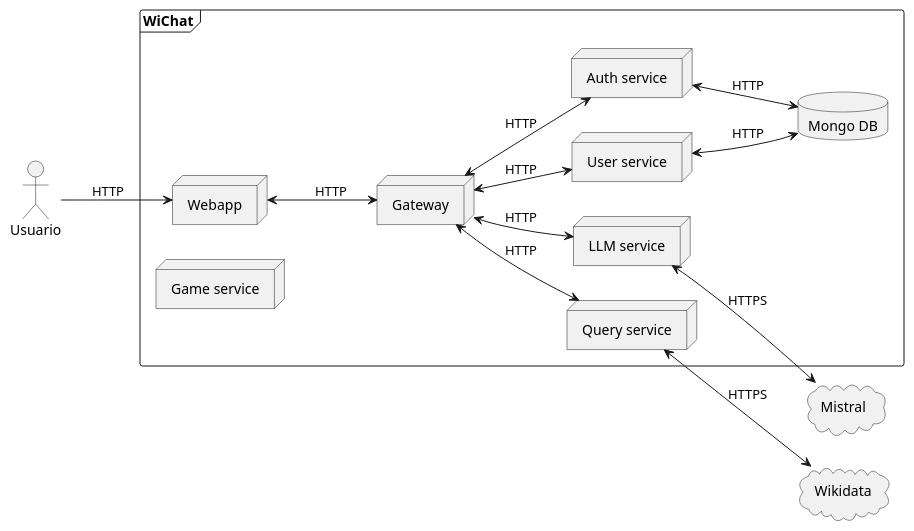
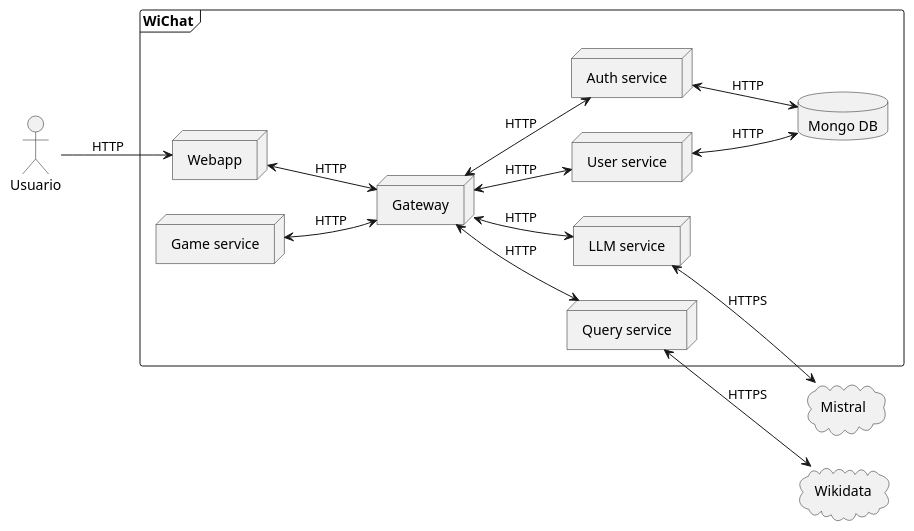
Before and after one commit to Arquisoft/wichat_es5b: the second of 2 diagrams in docs/src/03_context_and_scope.adoc, drawn with PlantUML. The commit also changed other lines of this file, not shown here.

```diff
--- a/docs/src/03_context_and_scope.adoc
+++ b/docs/src/03_context_and_scope.adoc
@@ -112,44 +112,45 @@
 [plantuml,"Vision general",png]
 ----
 @startuml
 skinparam monochrome true
 left to right direction
 
 actor "Usuario"
 
 frame WiChat {
     node "Webapp"
 
     node "Gateway"
 
     node "User service"
 
     node "Auth service"
 
     node "LLM service"
 
     node "Query service"
 
     node "Game service"
 
     database "Mongo DB"
 }
 
 cloud "Wikidata"
 
 cloud "Mistral"
 
 "Usuario" --> "Webapp" : HTTP
 "Webapp" <--> "Gateway" : HTTP
 "Gateway" <--> "User service" : HTTP
 "Gateway" <--> "Auth service" : HTTP
 "Gateway" <--> "LLM service" : HTTP
 "Gateway" <--> "Query service" : HTTP
 "User service" <--> "Mongo DB" : HTTP
 "Auth service" <--> "Mongo DB" : HTTP
 "LLM service" <--> "Mistral" : HTTPS
 "Query service" <--> "Wikidata" : HTTPS
+"Game service" <--> "Gateway" : HTTP
 
 
 @enduml
 ----
```
